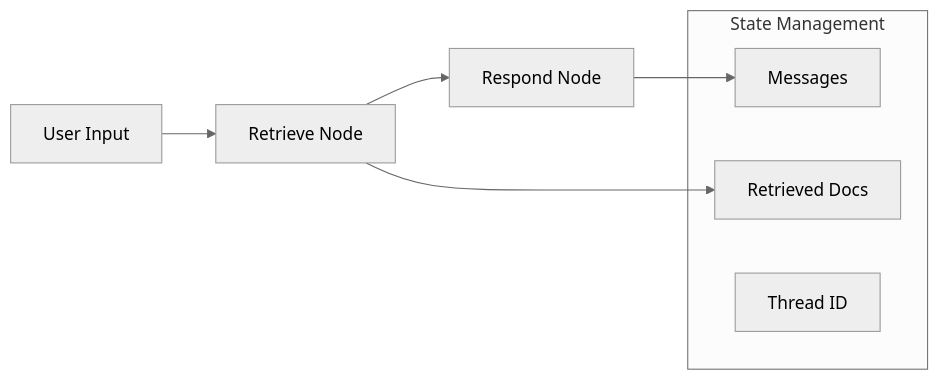
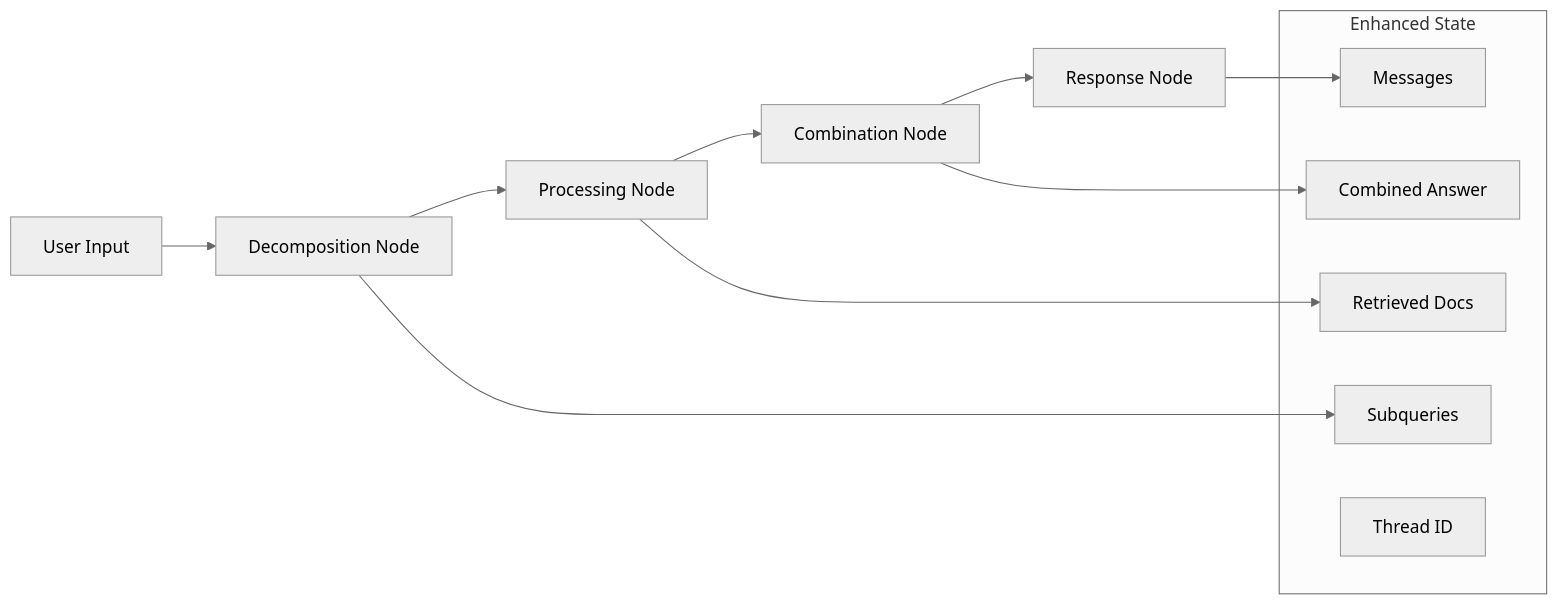
One commit to laialex501/lorechat-container changed the fourth of 9 diagrams in README.md. Above: the diagram before and after it, drawn with Mermaid (neutral theme). The commit also changed other lines of this file and 18 other files, not shown here.

Commit message:
Add agentic conversation flow

````diff
--- a/README.md
+++ b/README.md
@@ -108,14 +162,20 @@
 ```mermaid
 graph LR
-    A[User Input] --> B[Retrieve Node]
-    B --> C[Respond Node]
+    A[User Input] --> B[Decomposition Node]
+    B --> C[Processing Node]
+    C --> D[Combination Node]
+    D --> E[Response Node]
     
-    subgraph "State Management"
-        D[Messages]
-        E[Retrieved Docs]
-        F[Thread ID]
+    subgraph "Enhanced State"
+        F[Messages]
+        G[Subqueries]
+        H[Retrieved Docs]
+        I[Combined Answer]
+        J[Thread ID]
     end
     
-    B --> E
-    C --> D
+    B --> G
+    C --> H
+    D --> I
+    E --> F
 ```
````
